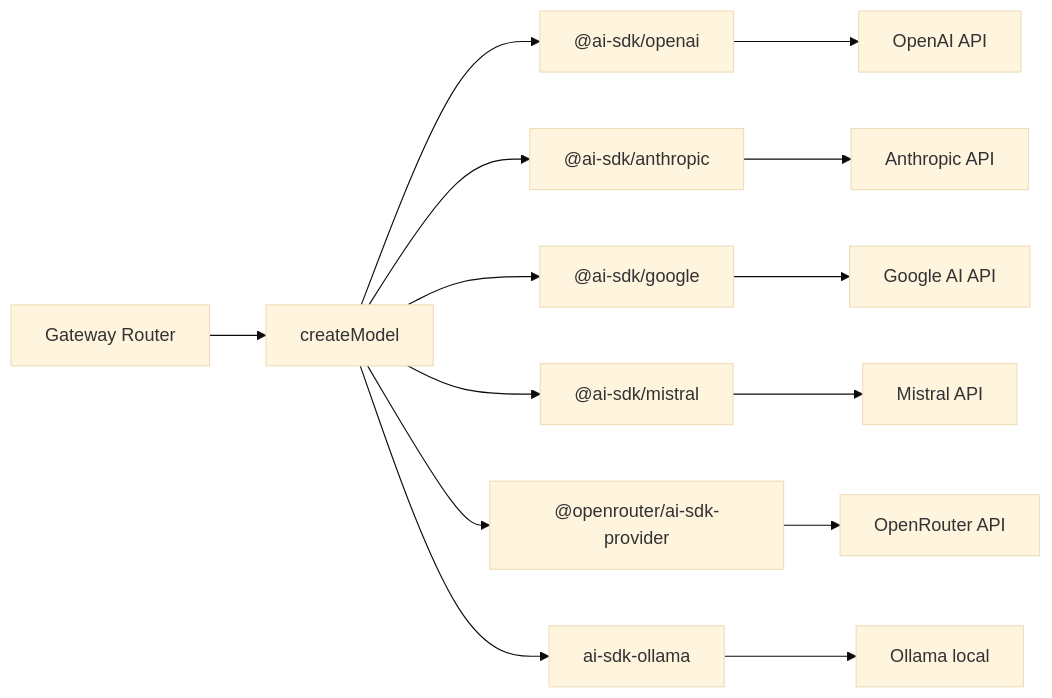
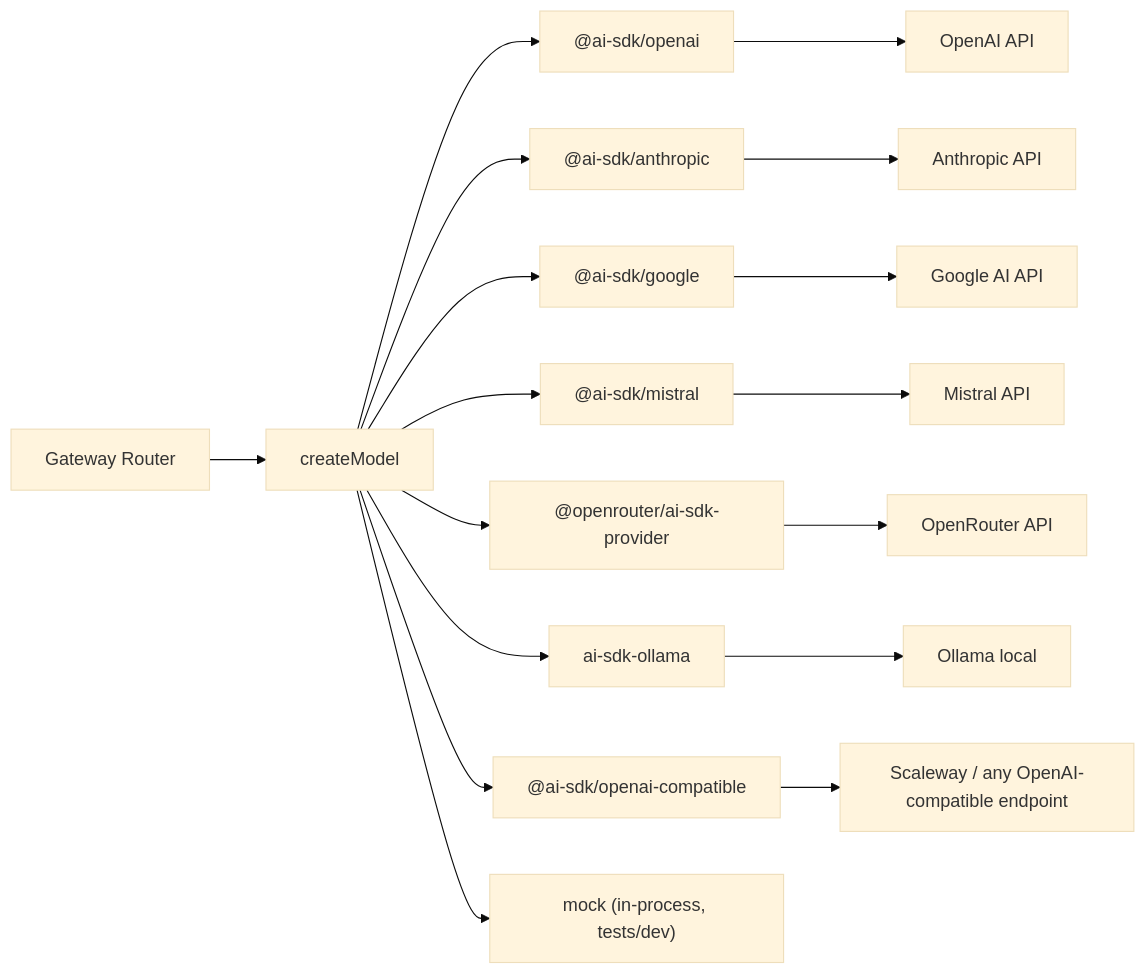
Before and after one commit to data-fair/agents: the diagram in docs/architecture/providers.md, drawn with Mermaid (base theme). The commit also changed other lines of this file and 145 other files, not shown here.

````diff
--- a/docs/architecture/providers.md
+++ b/docs/architecture/providers.md
@@ -5,18 +5,21 @@
 ```mermaid
 graph LR
   GW[Gateway Router] --> CM[createModel]
 
   CM --> OAI["@ai-sdk/openai"]
   CM --> ANT["@ai-sdk/anthropic"]
   CM --> GOO["@ai-sdk/google"]
   CM --> MIS["@ai-sdk/mistral"]
   CM --> OR["@openrouter/ai-sdk-provider"]
   CM --> OLL["ai-sdk-ollama"]
+  CM --> OC["@ai-sdk/openai-compatible"]
+  CM --> MOCK["mock (in-process, tests/dev)"]
 
   OAI --> LLM1[OpenAI API]
   ANT --> LLM2[Anthropic API]
   GOO --> LLM3[Google AI API]
   MIS --> LLM4[Mistral API]
   OR --> LLM5[OpenRouter API]
   OLL --> LLM6[Ollama local]
+  OC --> LLM7["Scaleway / any OpenAI-compatible endpoint"]
 ```
````
